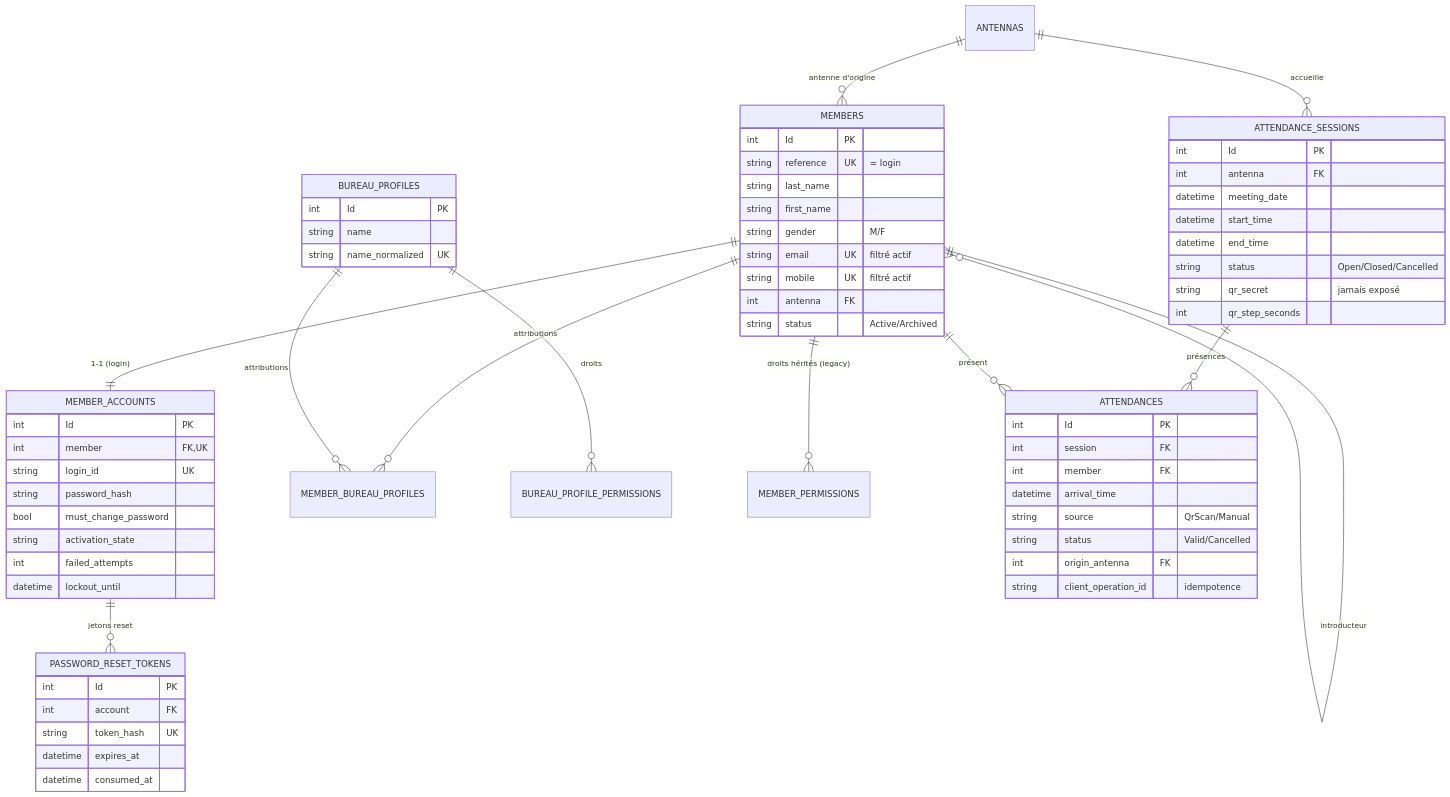
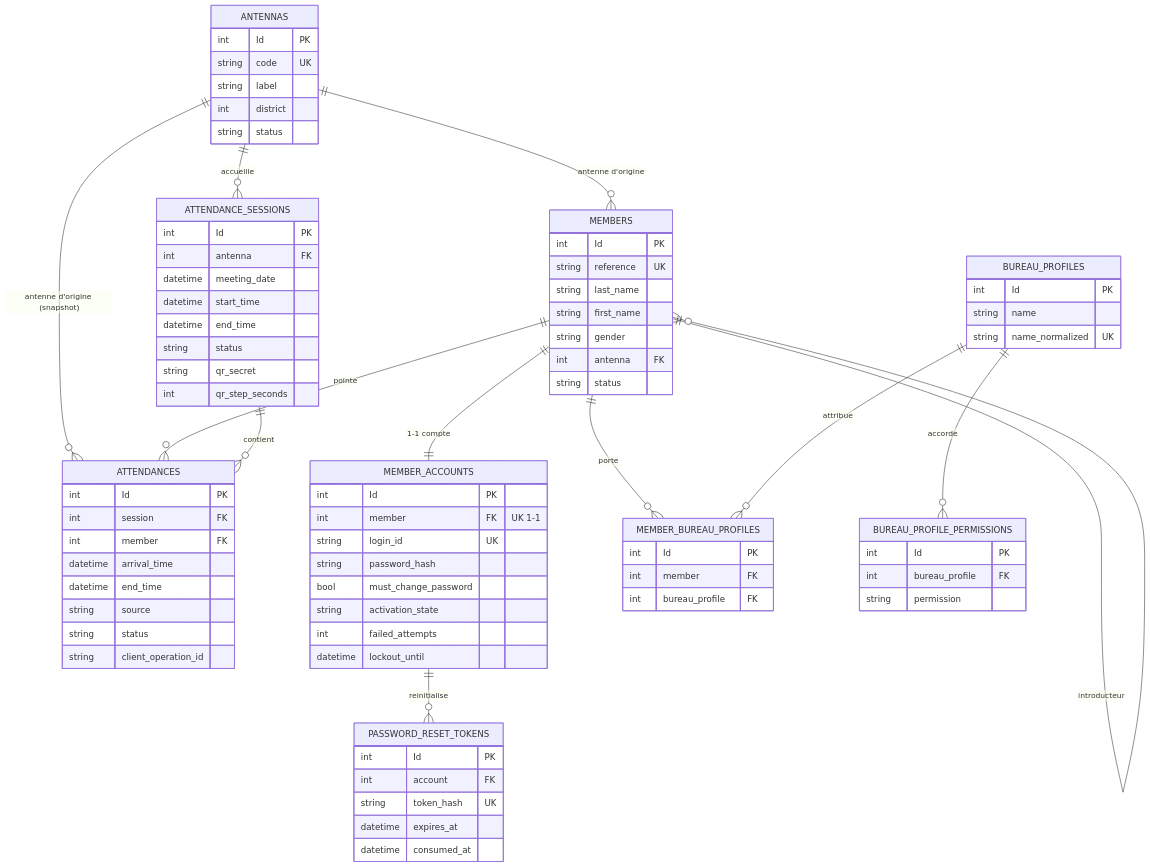
One commit to kiboMarcel/lumineux changed the diagram in docs/audit/03-modele-donnees.md. Above: the diagram before and after it, drawn with Mermaid. The commit also changed other lines of this file and 9 other files, not shown here.

````diff
--- a/docs/audit/03-modele-donnees.md
+++ b/docs/audit/03-modele-donnees.md
@@ -30,31 +29,29 @@
 ```mermaid
 erDiagram
-    MEMBERS ||--|| MEMBER_ACCOUNTS : "1-1 (login)"
-    MEMBERS ||--o{ MEMBER_BUREAU_PROFILES : "attributions"
-    BUREAU_PROFILES ||--o{ MEMBER_BUREAU_PROFILES : "attributions"
-    BUREAU_PROFILES ||--o{ BUREAU_PROFILE_PERMISSIONS : "droits"
-    MEMBERS ||--o{ MEMBER_PERMISSIONS : "droits hérités (legacy)"
-    MEMBER_ACCOUNTS ||--o{ PASSWORD_RESET_TOKENS : "jetons reset"
+    ANTENNAS ||--o{ MEMBERS : "antenne d'origine"
     ANTENNAS ||--o{ ATTENDANCE_SESSIONS : "accueille"
-    ATTENDANCE_SESSIONS ||--o{ ATTENDANCES : "présences"
-    MEMBERS ||--o{ ATTENDANCES : "présent"
-    ANTENNAS ||--o{ MEMBERS : "antenne d'origine"
+    ANTENNAS ||--o{ ATTENDANCES : "antenne d'origine (snapshot)"
+    MEMBERS ||--|| MEMBER_ACCOUNTS : "1-1 compte"
+    MEMBERS ||--o{ ATTENDANCES : "pointe"
+    MEMBERS ||--o{ MEMBER_BUREAU_PROFILES : "porte"
     MEMBERS ||--o{ MEMBERS : "introducteur"
+    ATTENDANCE_SESSIONS ||--o{ ATTENDANCES : "contient"
+    BUREAU_PROFILES ||--o{ BUREAU_PROFILE_PERMISSIONS : "accorde"
+    BUREAU_PROFILES ||--o{ MEMBER_BUREAU_PROFILES : "attribue"
+    MEMBER_ACCOUNTS ||--o{ PASSWORD_RESET_TOKENS : "reinitialise"
 
     MEMBERS {
         int Id PK
-        string reference UK "= login"
+        string reference UK
         string last_name
         string first_name
-        string gender "M/F"
-        string email UK "filtré actif"
-        string mobile UK "filtré actif"
+        string gender
         int antenna FK
-        string status "Active/Archived"
+        string status
     }
     MEMBER_ACCOUNTS {
         int Id PK
-        int member FK,UK
+        int member FK "UK 1-1"
         string login_id UK
         string password_hash
         bool must_change_password
@@ -62,14 +59,21 @@
         int failed_attempts
         datetime lockout_until
     }
+    ANTENNAS {
+        int Id PK
+        string code UK
+        string label
+        int district
+        string status
+    }
     ATTENDANCE_SESSIONS {
         int Id PK
         int antenna FK
         datetime meeting_date
         datetime start_time
         datetime end_time
-        string status "Open/Closed/Cancelled"
-        string qr_secret "jamais exposé"
+        string status
+        string qr_secret
         int qr_step_seconds
     }
     ATTENDANCES {
@@ -77,15 +81,25 @@
         int session FK
         int member FK
         datetime arrival_time
-        string source "QrScan/Manual"
-        string status "Valid/Cancelled"
-        int origin_antenna FK
-        string client_operation_id "idempotence"
+        datetime end_time
+        string source
+        string status
+        string client_operation_id
     }
     BUREAU_PROFILES {
         int Id PK
         string name
         string name_normalized UK
+    }
+    BUREAU_PROFILE_PERMISSIONS {
+        int Id PK
+        int bureau_profile FK
+        string permission
+    }
+    MEMBER_BUREAU_PROFILES {
+        int Id PK
+        int member FK
+        int bureau_profile FK
     }
     PASSWORD_RESET_TOKENS {
         int Id PK
````
